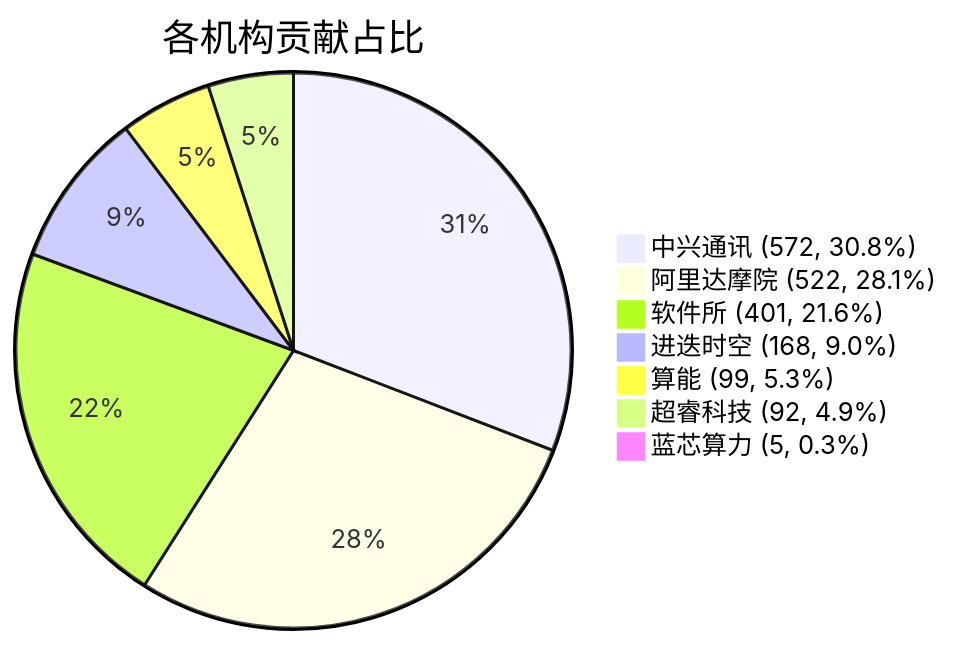
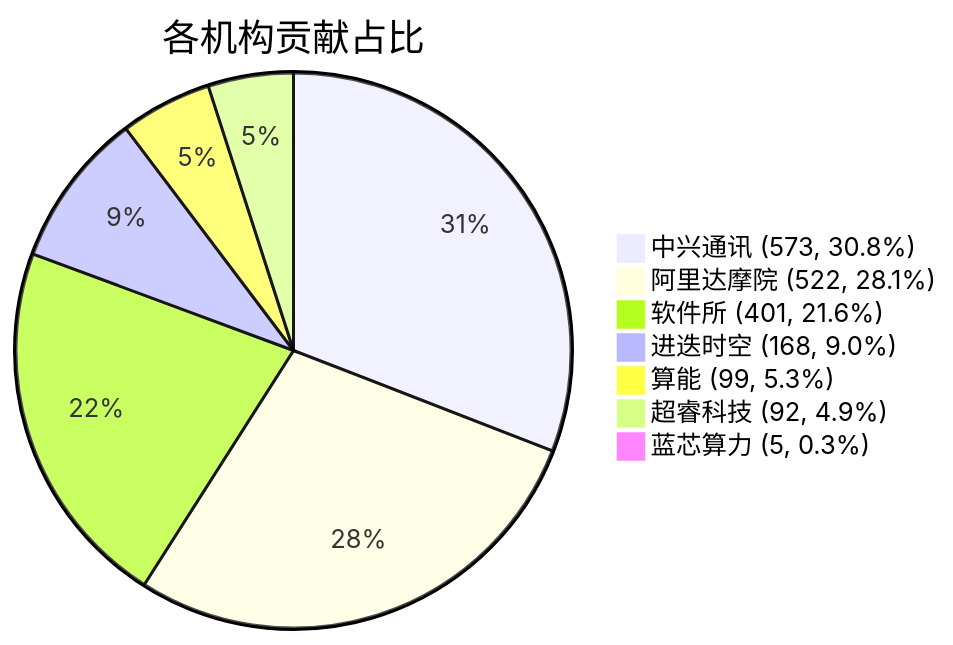
The diagram in docs/index.md (RVCK-Project/rvck), drawn with Mermaid before and after one commit. The commit also changed other lines of this file and 24 other files, not shown here.

````diff
--- a/docs/index.md
+++ b/docs/index.md
@@ -34,10 +34,10 @@
 ```mermaid
 pie title 各机构贡献占比
-    "中兴通讯 (572, 30.8%)" : 572
+    "中兴通讯 (573, 30.8%)" : 573
     "阿里达摩院 (522, 28.1%)" : 522
     "软件所 (401, 21.6%)" : 401
     "进迭时空 (168, 9.0%)" : 168
     "算能 (99, 5.3%)" : 99
     "超睿科技 (92, 4.9%)" : 92
     "蓝芯算力 (5, 0.3%)" : 5
 ```
````
